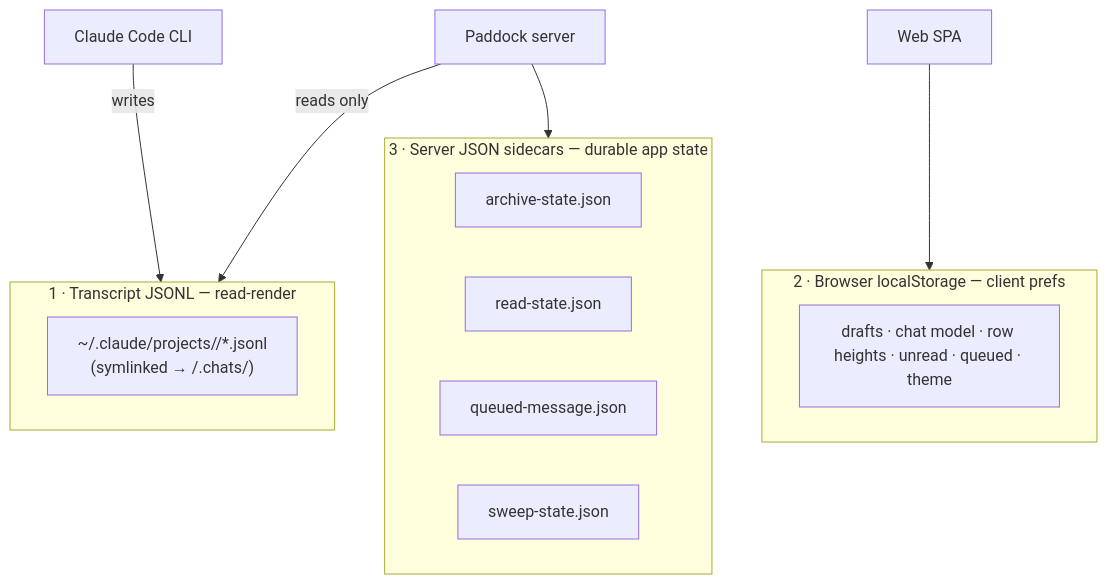
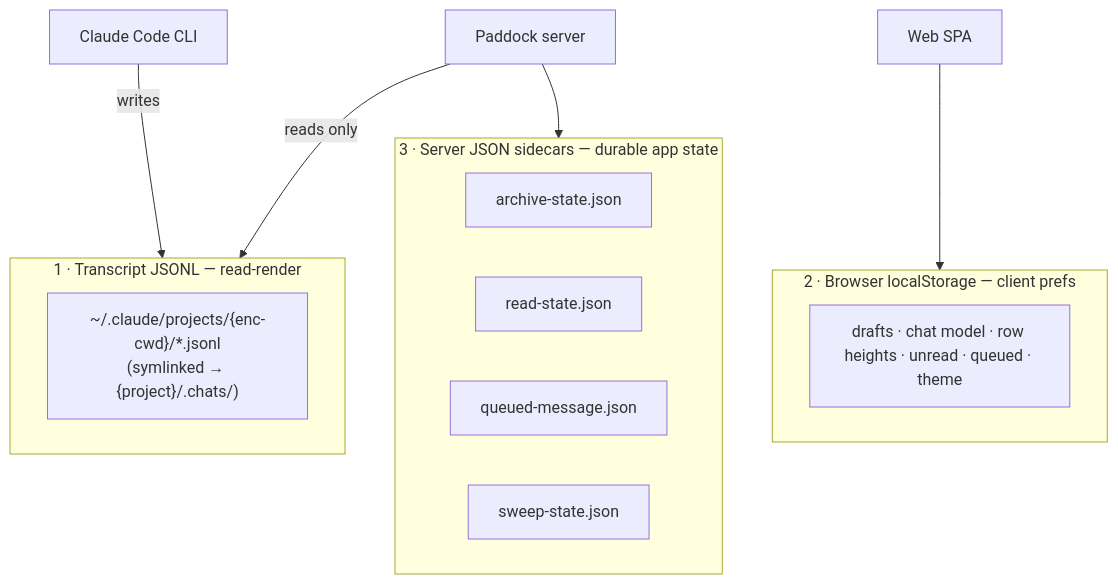
One commit to edspencer/paddock changed the second of 3 diagrams in docs/ARCHITECTURE.md. Above: the diagram before and after it, drawn with Mermaid. The commit also changed other lines of this file and 2 other files, not shown here.

Commit message:
docs: link ARCHITECTURE + concepts from README; safe mermaid placeholders

````diff
--- a/docs/ARCHITECTURE.md
+++ b/docs/ARCHITECTURE.md
@@ -117,19 +117,19 @@
 ```mermaid
 flowchart TB
   subgraph C1["1 · Transcript JSONL — read-render"]
-    T["~/.claude/projects/<enc-cwd>/*.jsonl\n(symlinked → <project>/.chats/)"]
+    T["~/.claude/projects/{enc-cwd}/*.jsonl\n(symlinked → {project}/.chats/)"]
   end
   subgraph C2["2 · Browser localStorage — client prefs"]
     L["drafts · chat model · row heights · unread · queued · theme"]
   end
   subgraph C3["3 · Server JSON sidecars — durable app state"]
     A["archive-state.json"]
     R["read-state.json"]
     Q["queued-message.json"]
     S["sweep-state.json"]
   end
   Claude["Claude Code CLI"] -->|writes| C1
   Paddock["Paddock server"] -->|reads only| C1
   Web["Web SPA"] --> C2
   Paddock --> C3
 ```
````
